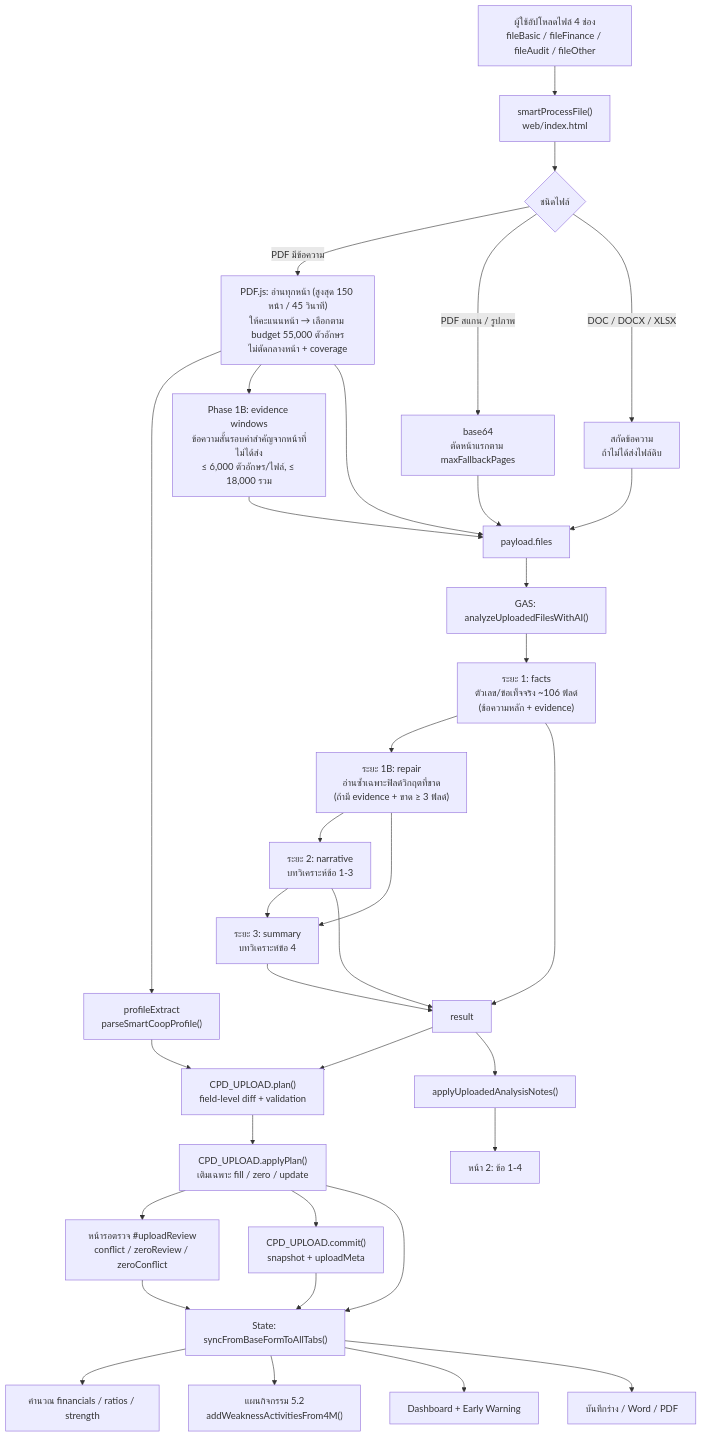
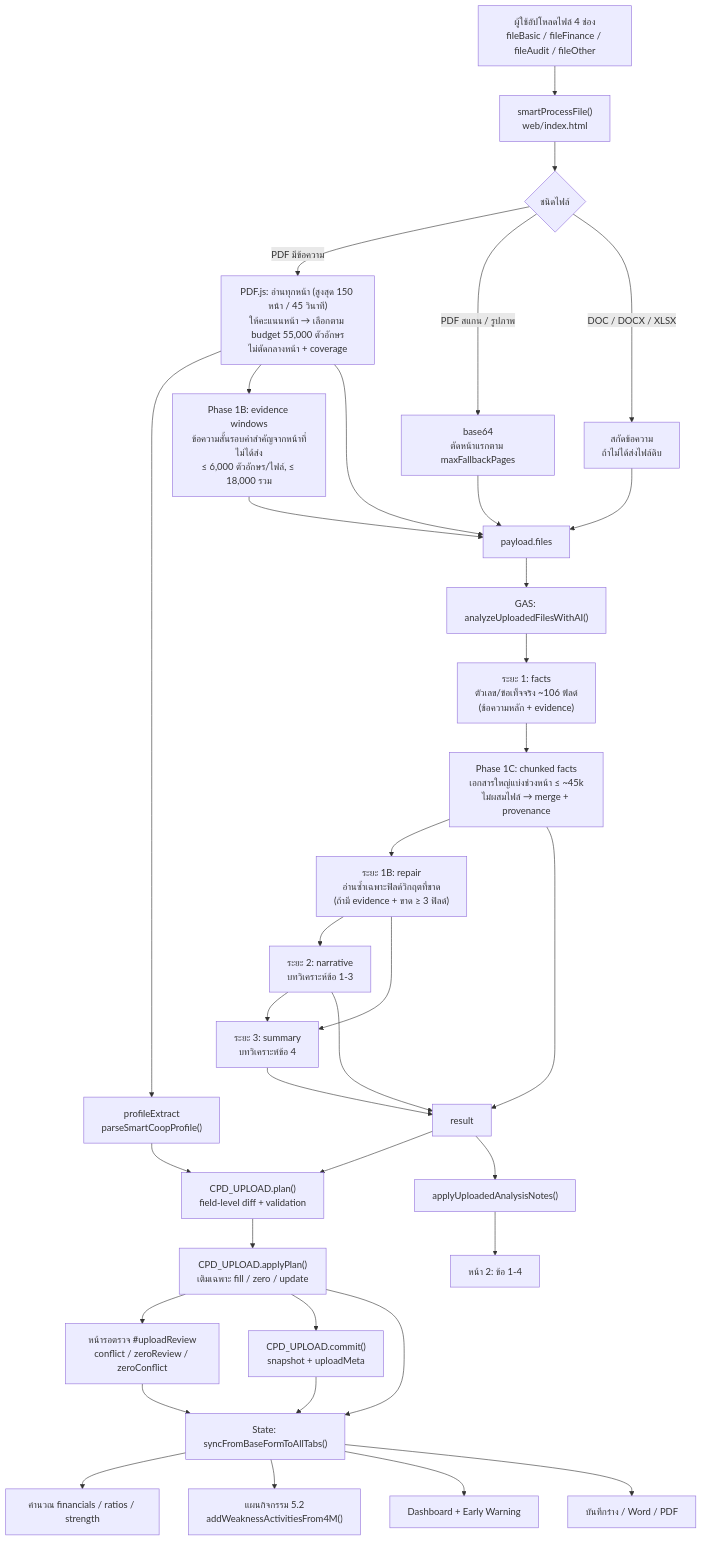
Before and after one commit to supakritkhawthong-lab/cps-promotion-plan-2570: the diagram in docs/upload-data-flow.md, drawn with Mermaid. The commit also changed other lines of this file and 7 other files, not shown here.

Commit message:
feat(upload): add chunked fact extraction with merge and provenance (Phase 1C)

````diff
--- a/docs/upload-data-flow.md
+++ b/docs/upload-data-flow.md
@@ -14,37 +14,38 @@
 ```mermaid
 flowchart TD
     A["ผู้ใช้อัปโหลดไฟล์ 4 ช่อง<br/>fileBasic / fileFinance / fileAudit / fileOther"] --> B["smartProcessFile()<br/>web/index.html"]
     B --> C{"ชนิดไฟล์"}
     C -->|"PDF มีข้อความ"| D["PDF.js: อ่านทุกหน้า (สูงสุด 150 หน้า / 45 วินาที)<br/>ให้คะแนนหน้า → เลือกตาม budget 55,000 ตัวอักษร<br/>ไม่ตัดกลางหน้า + coverage"]
     C -->|"PDF สแกน / รูปภาพ"| E["base64<br/>ตัดหน้าแรกตาม maxFallbackPages"]
     C -->|"DOC / DOCX / XLSX"| F["สกัดข้อความ<br/>ถ้าไม่ได้ส่งไฟล์ดิบ"]
     D --> G["profileExtract<br/>parseSmartCoopProfile()"]
     D --> D2["Phase 1B: evidence windows<br/>ข้อความสั้นรอบคำสำคัญจากหน้าที่ไม่ได้ส่ง<br/>≤ 6,000 ตัวอักษร/ไฟล์, ≤ 18,000 รวม"]
     D --> H["payload.files"]
     D2 --> H
     E --> H
     F --> H
     H --> I["GAS: analyzeUploadedFilesWithAI()"]
     I --> J["ระยะ 1: facts<br/>ตัวเลข/ข้อเท็จจริง ~106 ฟิลด์<br/>(ข้อความหลัก + evidence)"]
-    J --> J2["ระยะ 1B: repair<br/>อ่านซ้ำเฉพาะฟิลด์วิกฤตที่ขาด<br/>(ถ้ามี evidence + ขาด ≥ 3 ฟิลด์)"]
+    J --> J1["Phase 1C: chunked facts<br/>เอกสารใหญ่แบ่งช่วงหน้า ≤ ~45k<br/>ไม่ผสมไฟล์ → merge + provenance"]
+    J1 --> J2["ระยะ 1B: repair<br/>อ่านซ้ำเฉพาะฟิลด์วิกฤตที่ขาด<br/>(ถ้ามี evidence + ขาด ≥ 3 ฟิลด์)"]
     J2 --> K["ระยะ 2: narrative<br/>บทวิเคราะห์ข้อ 1-3"]
     J2 --> L["ระยะ 3: summary<br/>บทวิเคราะห์ข้อ 4"]
     K --> L
-    J --> M["result"]
+    J1 --> M["result"]
     K --> M
     L --> M
     M --> N["CPD_UPLOAD.plan()<br/>field-level diff + validation"]
     G --> N
     N --> N2["CPD_UPLOAD.applyPlan()<br/>เติมเฉพาะ fill / zero / update"]
     N2 --> N3["หน้ารอตรวจ #uploadReview<br/>conflict / zeroReview / zeroConflict"]
     N2 --> N4["CPD_UPLOAD.commit()<br/>snapshot + uploadMeta"]
     N2 --> O["State: syncFromBaseFormToAllTabs()"]
     N3 --> O
     N4 --> O
     O --> P["คำนวณ financials / ratios / strength"]
     M --> Q["applyUploadedAnalysisNotes()"]
     Q --> R["หน้า 2: ข้อ 1-4"]
     O --> S["แผนกิจกรรม 5.2<br/>addWeaknessActivitiesFrom4M()"]
     O --> T["Dashboard + Early Warning"]
     O --> U["บันทึกร่าง / Word / PDF"]
 ```
````
